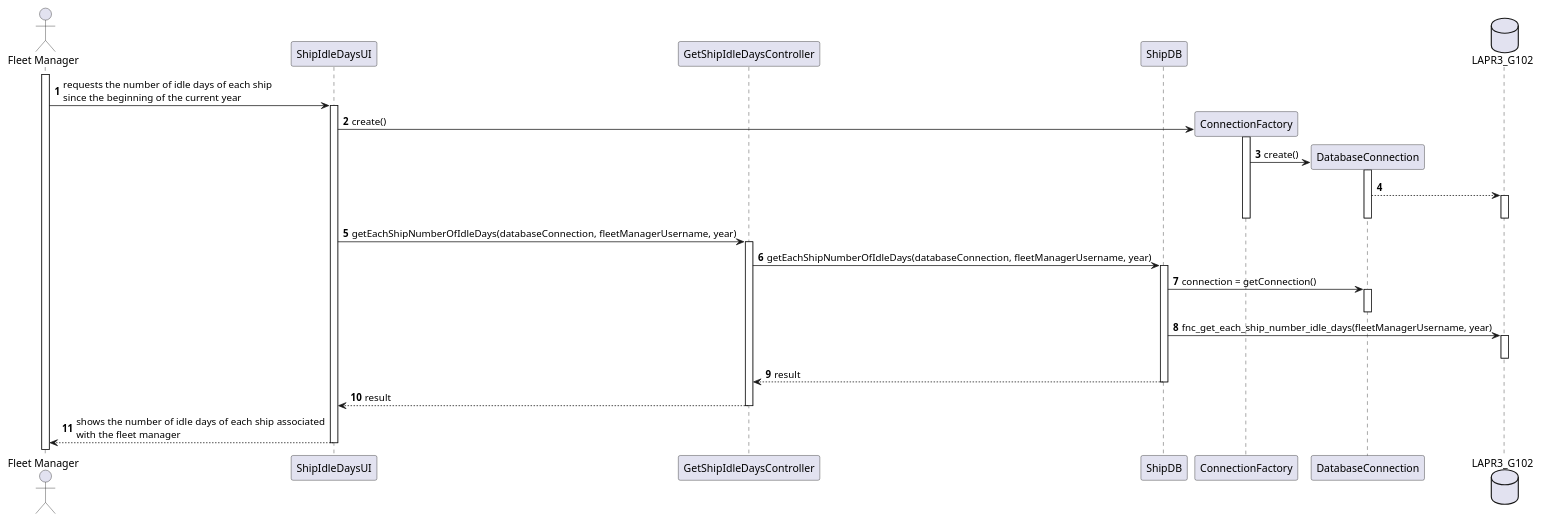
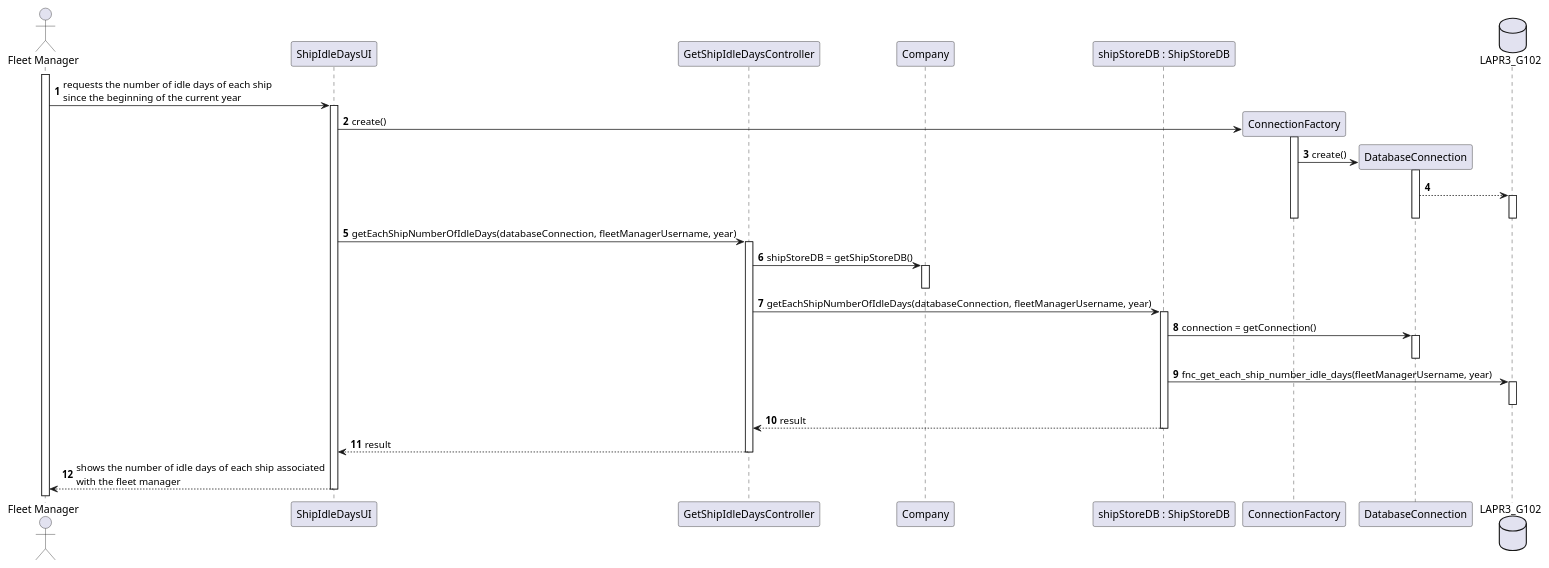
One commit to mpoboas/lapr3-2021-g102 changed the diagram in docs/Sprint4/US404/US404_SD.puml. Above: the diagram before and after it, drawn with PlantUML. The commit also changed 2 other files, not shown here.

```diff
--- a/docs/Sprint4/US404/US404_SD.puml
+++ b/docs/Sprint4/US404/US404_SD.puml
@@ -1,47 +1,51 @@
 @startuml
 autonumber
 'hide footbox
 
 actor "Fleet Manager" as FM
 
 participant "ShipIdleDaysUI" as UI
 participant "GetShipIdleDaysController" as CTRL
-participant "ShipDB" as SHIPDB
+participant "Company" as COMP
+participant "shipStoreDB : ShipStoreDB" as SHIPDB
 participant ConnectionFactory as CF
 participant DatabaseConnection as DC
 database LAPR3_G102 as DB
 
 activate FM
 FM -> UI : requests the number of idle days of each ship\nsince the beginning of the current year
 activate UI
 
 UI -> CF** : create()
 activate CF
 CF -> DC** : create()
 activate DC
 DC --> DB
 activate DB
 deactivate DB
 deactivate DC
 deactivate CF
 
 UI -> CTRL : getEachShipNumberOfIdleDays(databaseConnection, fleetManagerUsername, year)
 activate CTRL
+CTRL -> COMP : shipStoreDB = getShipStoreDB()
+activate COMP
+deactivate COMP
 CTRL -> SHIPDB : getEachShipNumberOfIdleDays(databaseConnection, fleetManagerUsername, year)
 activate SHIPDB
 
 SHIPDB -> DC : connection = getConnection()
 activate DC
 deactivate DC
 
 SHIPDB -> DB : fnc_get_each_ship_number_idle_days(fleetManagerUsername, year)
 activate DB
 deactivate DB
 SHIPDB --> CTRL : result
 deactivate SHIPDB
 deactivate SHIPDB
 CTRL --> UI : result
 deactivate CTRL
 UI --> FM : shows the number of idle days of each ship associated\nwith the fleet manager
 deactivate UI
 @enduml
```
